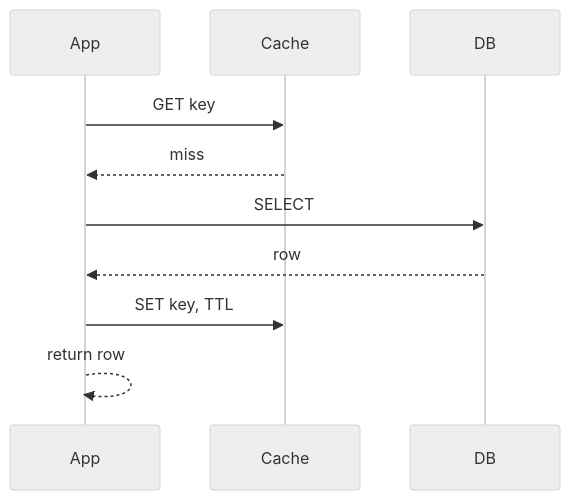
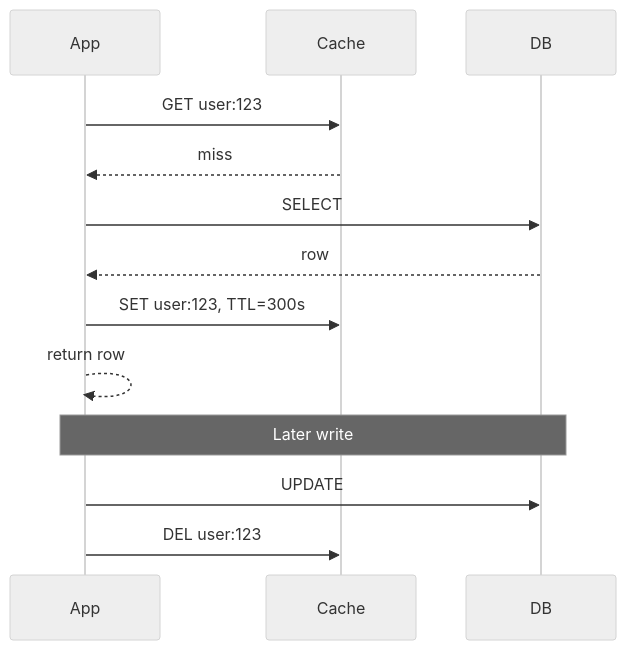
The third of 14 diagrams in 03-caching/README.md (hareramcse/SystemDesign), drawn with Mermaid (neutral theme) before and after one commit. The commit also changed other lines of this file and 8 other files, not shown here.

````diff
--- a/03-caching/README.md
+++ b/03-caching/README.md
@@ -146,12 +177,15 @@
 ```mermaid
 sequenceDiagram
     participant App
     participant Cache
     participant DB
-    App->>Cache: GET key
+    App->>Cache: GET user:123
     Cache-->>App: miss
     App->>DB: SELECT
     DB-->>App: row
-    App->>Cache: SET key, TTL
+    App->>Cache: SET user:123, TTL=300s
     App-->>App: return row
+    Note over App,DB: Later write
+    App->>DB: UPDATE
+    App->>Cache: DEL user:123
 ```
````
